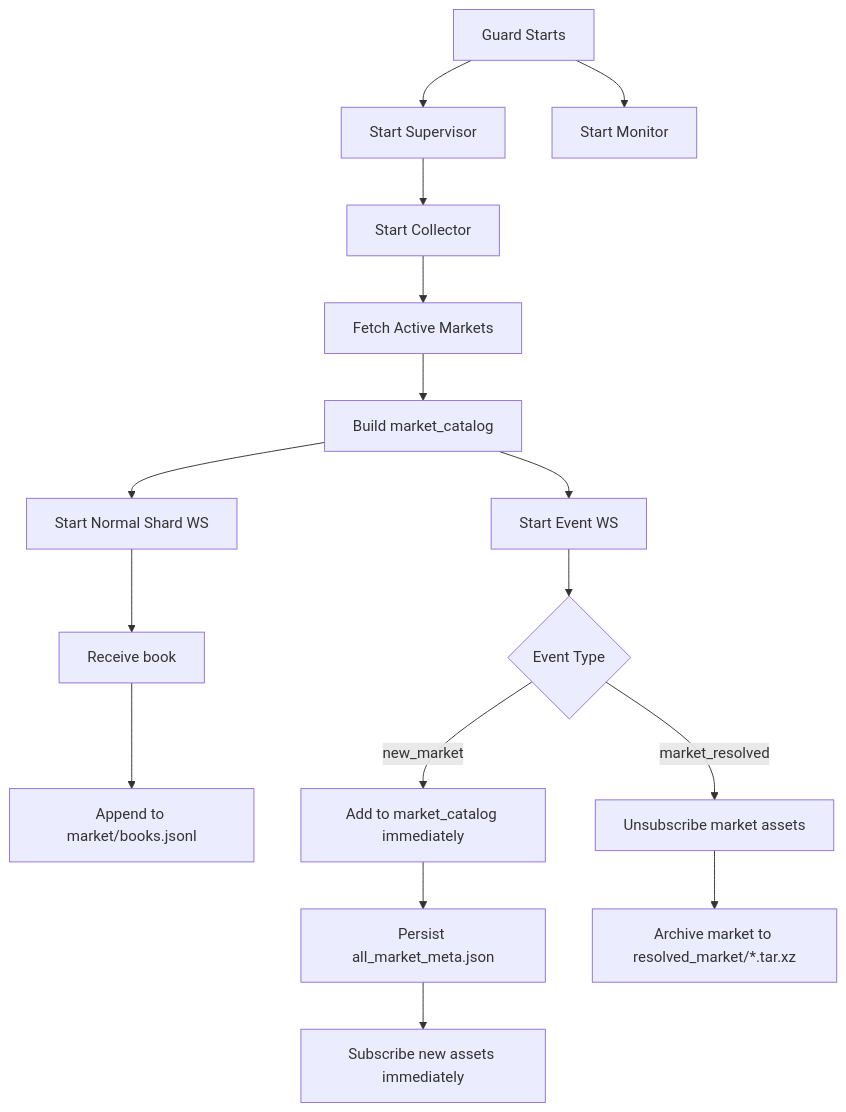
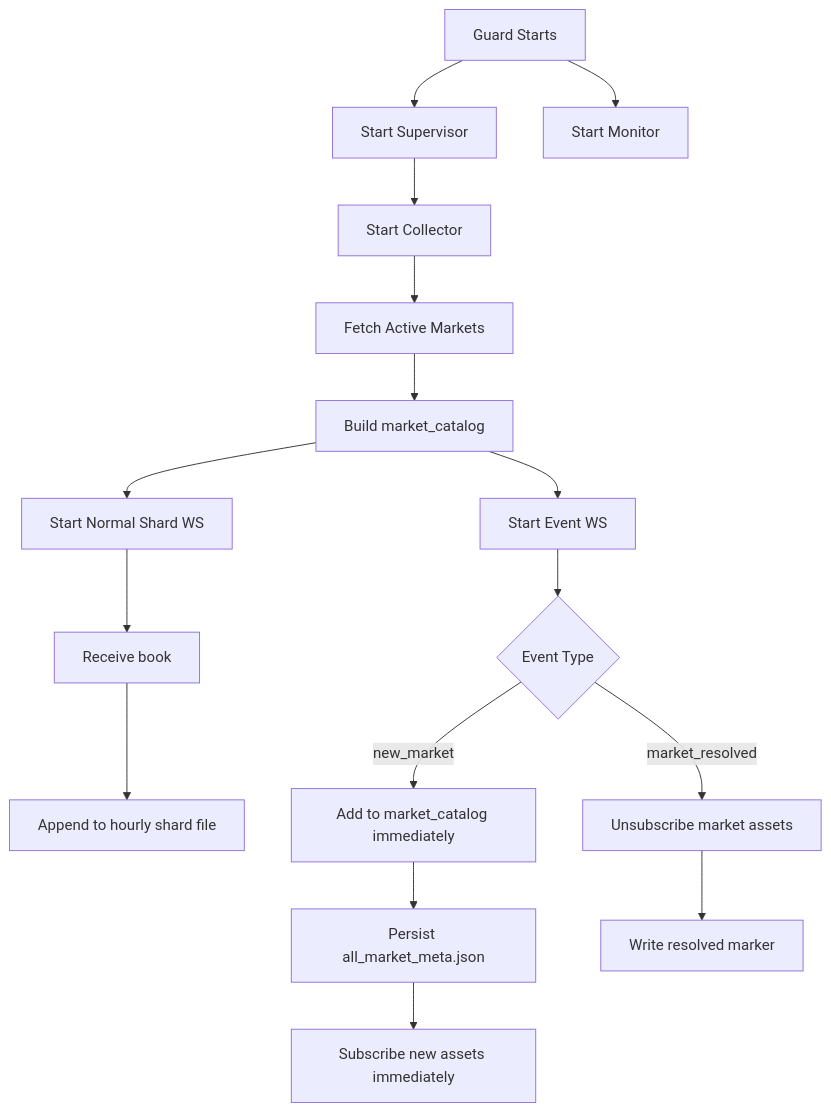
One commit to Chenxinjie65/polymarket-collector changed the diagram in scripts/WORKFLOW.md. Above: the diagram before and after it, drawn with Mermaid. The commit also changed other lines of this file and 17 other files, not shown here.

Commit message:
Add Linux deployment and stable shard catalog flow

````diff
--- a/scripts/WORKFLOW.md
+++ b/scripts/WORKFLOW.md
@@ -194,18 +243,18 @@
 ```mermaid
 flowchart TD
     A[Guard Starts] --> B[Start Supervisor]
     A --> C[Start Monitor]
     B --> D[Start Collector]
     D --> E[Fetch Active Markets]
     E --> F[Build market_catalog]
     F --> G[Start Normal Shard WS]
     F --> H[Start Event WS]
     G --> I[Receive book]
-    I --> J[Append to market/books.jsonl]
+    I --> J[Append to hourly shard file]
     H --> K{Event Type}
     K -->|new_market| L[Add to market_catalog immediately]
     L --> M[Persist all_market_meta.json]
     M --> N[Subscribe new assets immediately]
     K -->|market_resolved| O[Unsubscribe market assets]
-    O --> P[Archive market to resolved_market/*.tar.xz]
+    O --> P[Write resolved marker]
 ```
````
